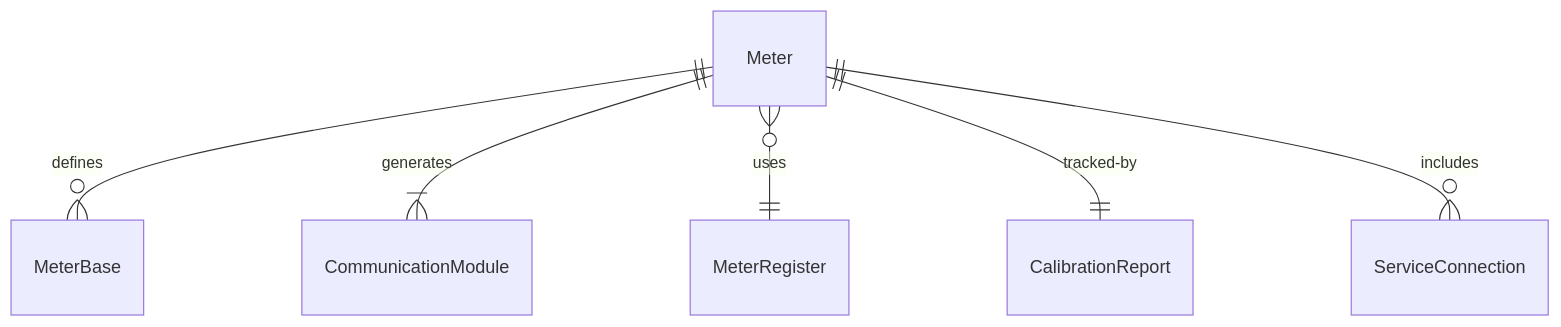
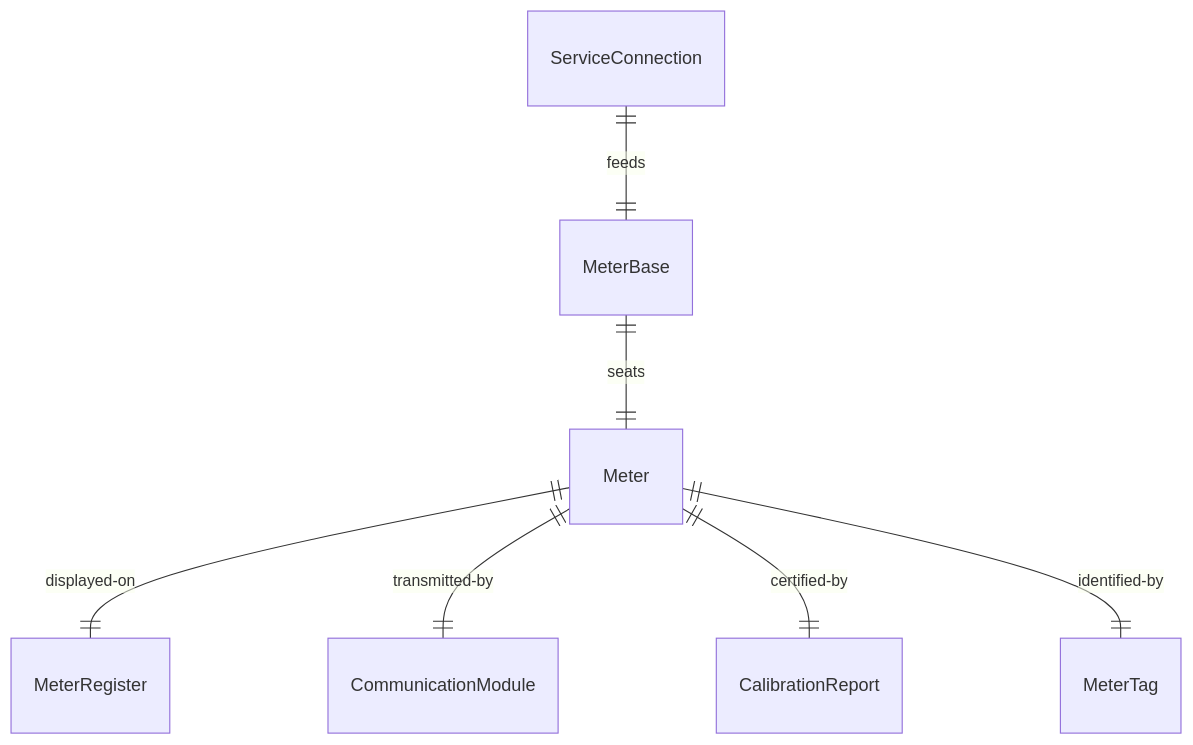
Before and after one commit to dot-org-ai/tasks.org.ai: the first of 4 diagrams in HandlingAndMovingObjects/InstallCommercialOrProductionEquipment/InstallMeteringEquipment.mdx, drawn with Mermaid. The commit also changed other lines of this file and 515 other files, not shown here.

````diff
--- a/HandlingAndMovingObjects/InstallCommercialOrProductionEquipment/InstallMeteringEquipment.mdx
+++ b/HandlingAndMovingObjects/InstallCommercialOrProductionEquipment/InstallMeteringEquipment.mdx
@@ -89,8 +89,9 @@
 ```mermaid
 erDiagram
-    Meter ||--o{ MeterBase : "defines"
-    Meter ||--|{ CommunicationModule : "generates"
-    Meter }o--|| MeterRegister : "uses"
-    Meter ||--|| CalibrationReport : "tracked-by"
-    Meter ||--o{ ServiceConnection : "includes"
+    ServiceConnection ||--|| MeterBase : "feeds"
+    MeterBase ||--|| Meter : "seats"
+    Meter ||--|| MeterRegister : "displayed-on"
+    Meter ||--|| CommunicationModule : "transmitted-by"
+    Meter ||--|| CalibrationReport : "certified-by"
+    Meter ||--|| MeterTag : "identified-by"
 ```
````
